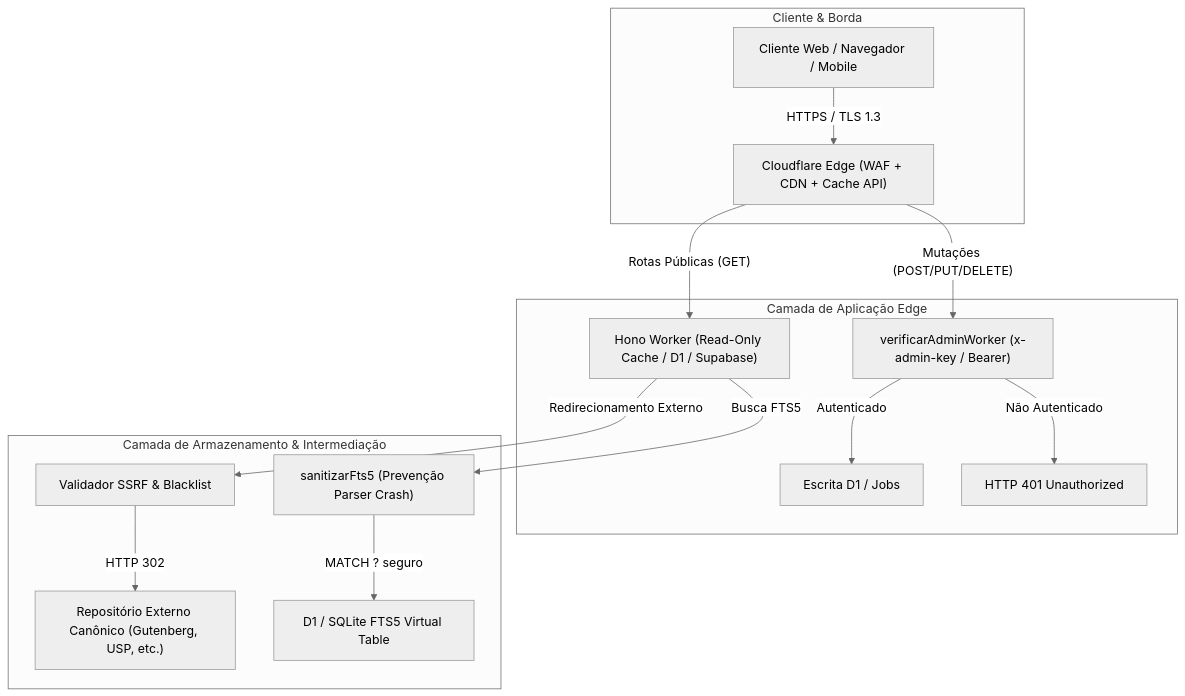
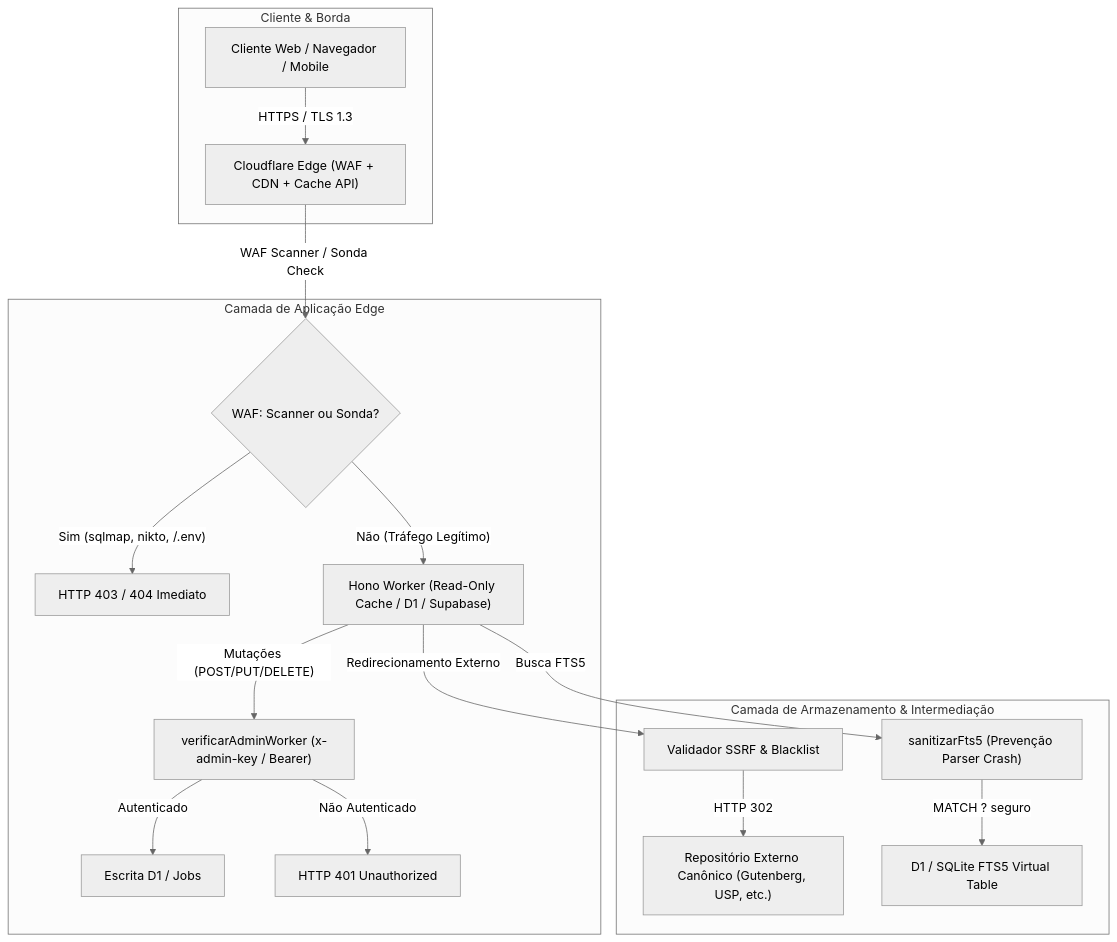
The diagram in docs/auditorias/AUDITORIA_SEGURANCA_ARQUITETURA.md (MisterAntoY/lino-livre), drawn with Mermaid (neutral theme) before and after one commit. The commit also changed other lines of this file and 6 other files, not shown here.

````diff
--- a/docs/auditorias/AUDITORIA_SEGURANCA_ARQUITETURA.md
+++ b/docs/auditorias/AUDITORIA_SEGURANCA_ARQUITETURA.md
@@ -32,20 +34,22 @@
 ```mermaid
 flowchart TD
     subgraph Cliente & Borda
         A["Cliente Web / Navegador / Mobile"] -->|"HTTPS / TLS 1.3"| B["Cloudflare Edge (WAF + CDN + Cache API)"]
     end
 
     subgraph Camada de Aplicação Edge
-        B -->|"Rotas Públicas (GET)"| C["Hono Worker (Read-Only Cache / D1 / Supabase)"]
-        B -->|"Mutações (POST/PUT/DELETE)"| D["verificarAdminWorker (x-admin-key / Bearer)"]
+        B -->|"WAF Scanner / Sonda Check"| W{"WAF: Scanner ou Sonda?"}
+        W -->|"Sim (sqlmap, nikto, /.env)"| WBlock["HTTP 403 / 404 Imediato"]
+        W -->|"Não (Tráfego Legítimo)"| C["Hono Worker (Read-Only Cache / D1 / Supabase)"]
+        C -->|"Mutações (POST/PUT/DELETE)"| D["verificarAdminWorker (x-admin-key / Bearer)"]
         D -->|"Autenticado"| E["Escrita D1 / Jobs"]
         D -->|"Não Autenticado"| F["HTTP 401 Unauthorized"]
     end
 
     subgraph Camada de Armazenamento & Intermediação
         C -->|"Redirecionamento Externo"| G["Validador SSRF & Blacklist"]
         G -->|"HTTP 302"| H["Repositório Externo Canônico (Gutenberg, USP, etc.)"]
         C -->|"Busca FTS5"| I["sanitizarFts5 (Prevenção Parser Crash)"]
         I -->|"MATCH ? seguro"| J["D1 / SQLite FTS5 Virtual Table"]
     end
 ```
````
